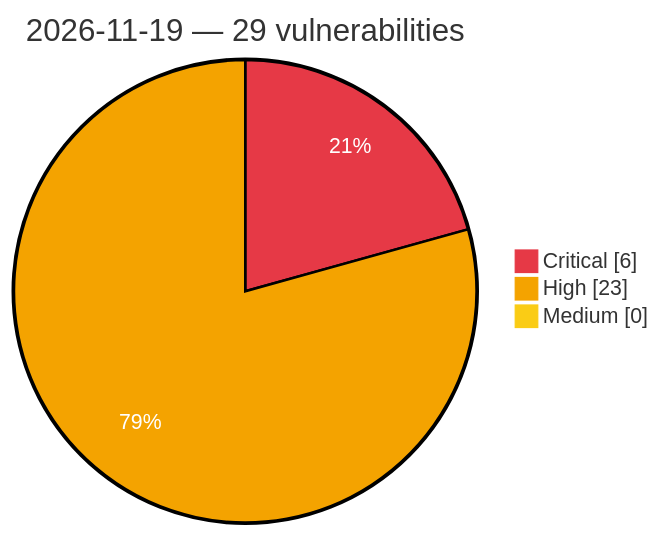
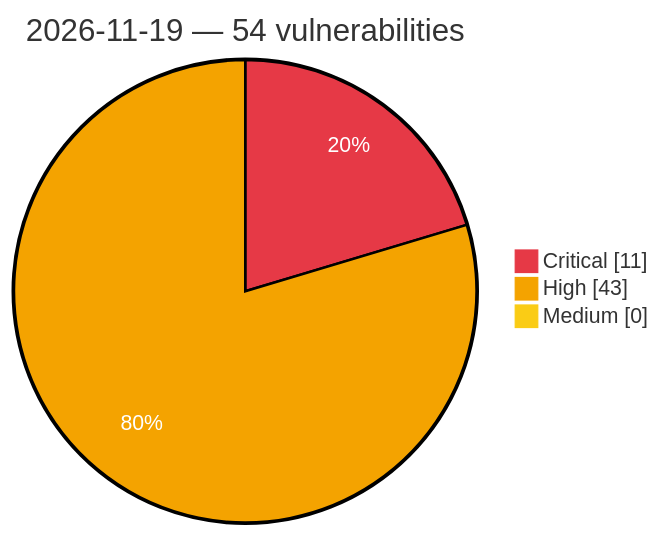
Before and after one commit to GhostX0X/vuln-tracker: the diagram in vulnerabilities/2026/November/2026-11-19.md, drawn with Mermaid. The commit also changed other lines of this file and 5 other files, not shown here.

Commit message:
Auto update: critical/high vulns (2026-11-19 21:31 UTC)

````diff
--- a/vulnerabilities/2026/November/2026-11-19.md
+++ b/vulnerabilities/2026/November/2026-11-19.md
@@ -3,8 +3,8 @@
 ```mermaid
 %%{init: {'theme':'base', 'themeVariables': {'pie1':'#e63946', 'pie2':'#f4a300', 'pie3':'#facc15', 'pieOpacity':'1', 'pieOuterStrokeWidth':'2px', 'pieSectionTextColor':'#ffffff'}}}%%
 pie showData
-    title 2026-11-19 — 29 vulnerabilities
-    "Critical" : 6
-    "High" : 23
+    title 2026-11-19 — 54 vulnerabilities
+    "Critical" : 11
+    "High" : 43
     "Medium" : 0
 ```
````
